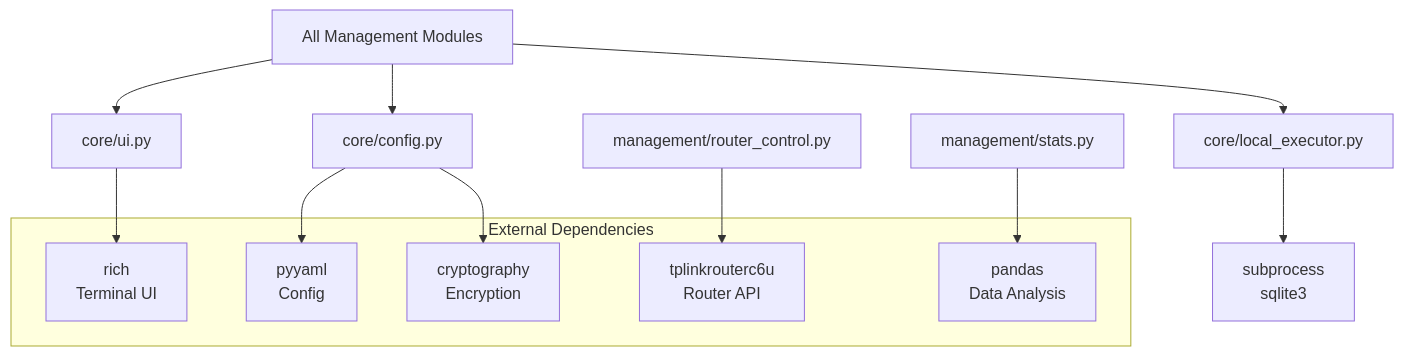
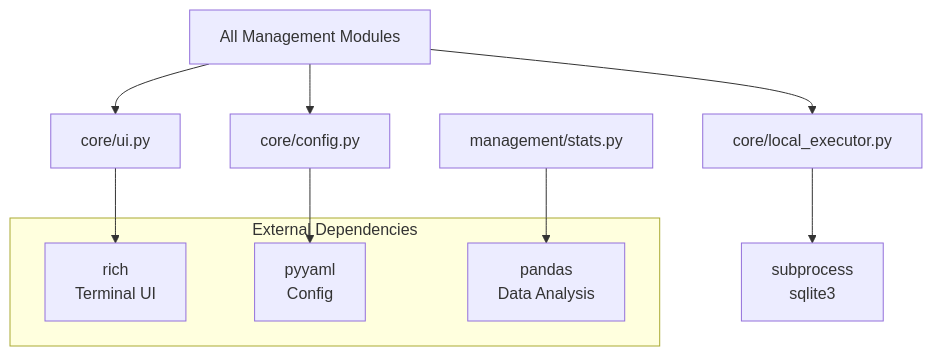
Before and after one commit to ThePraxium/pihole-network-manager: diagram 13 of 13 in docs/code-reference.md, drawn with Mermaid. The commit also changed other lines of this file and 6 other files, not shown here.

````diff
--- a/docs/code-reference.md
+++ b/docs/code-reference.md
@@ -693,21 +666,17 @@
 ```mermaid
 graph TD
     subgraph External Dependencies
         Rich[rich<br/>Terminal UI]
         PyYAML[pyyaml<br/>Config]
-        Crypto[cryptography<br/>Encryption]
-        TPLink[tplinkrouterc6u<br/>Router API]
         Pandas[pandas<br/>Data Analysis]
     end
 
     LocalExec[core/local_executor.py] --> Python[subprocess<br/>sqlite3]
     UI[core/ui.py] --> Rich
     Config[core/config.py] --> PyYAML
-    Config --> Crypto
-    Router[management/router_control.py] --> TPLink
     Stats[management/stats.py] --> Pandas
 
     All[All Management Modules] --> LocalExec
     All --> UI
     All --> Config
 ```
````
